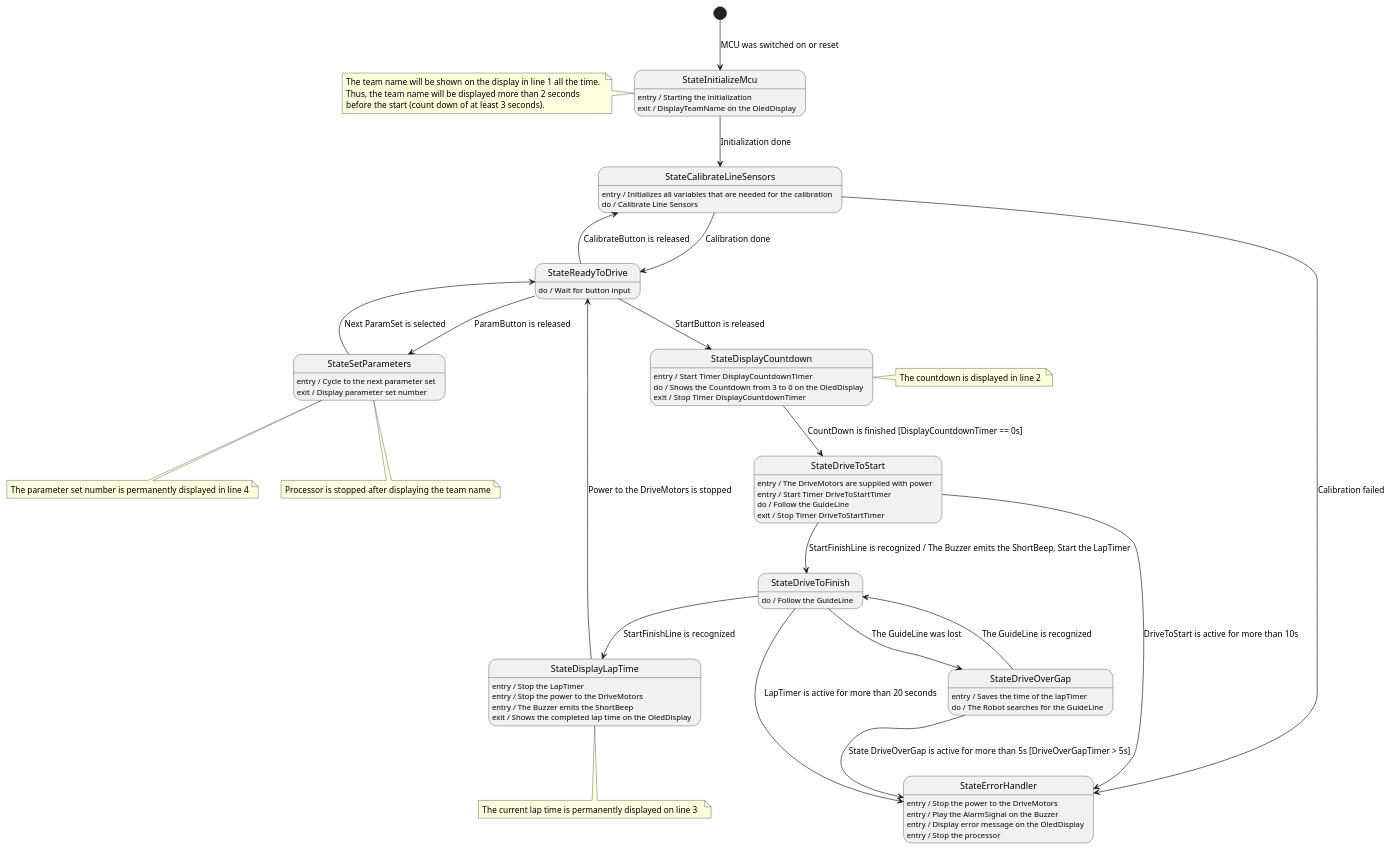
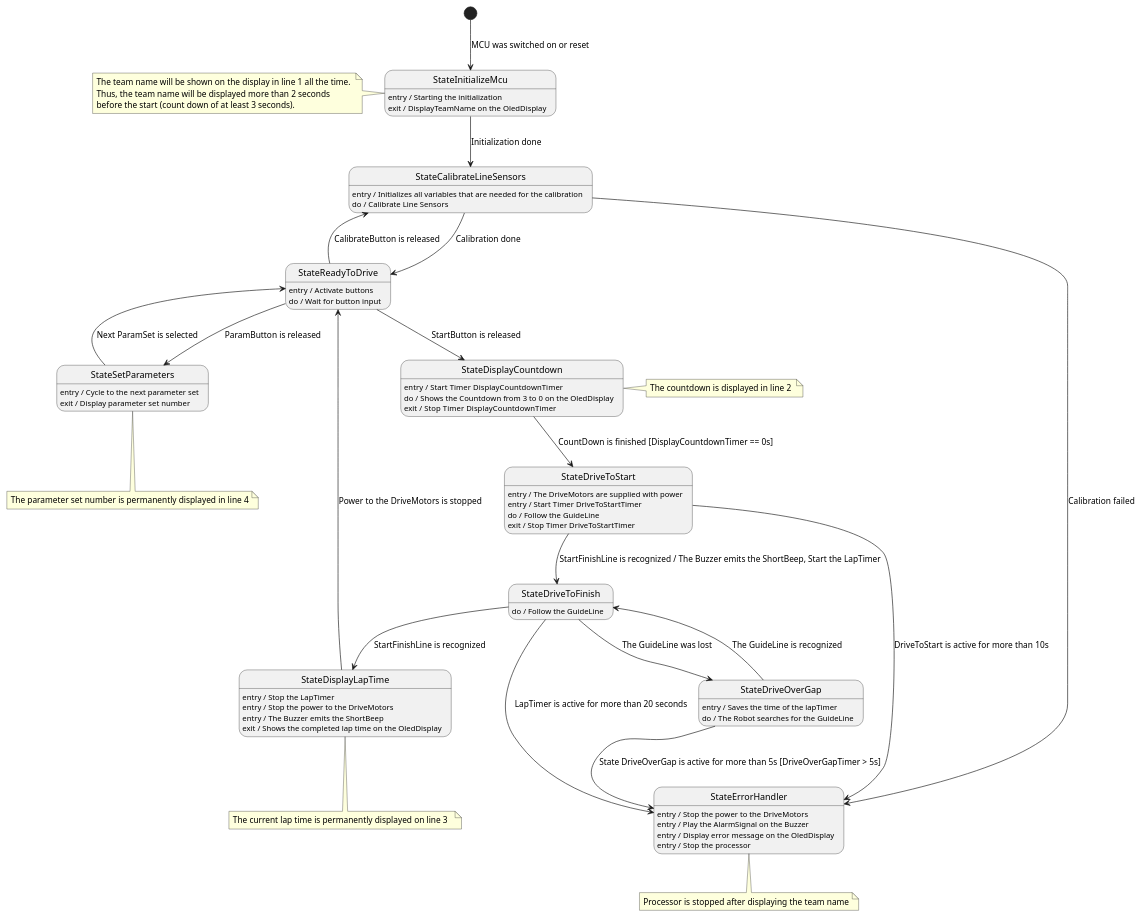
The diagram in Abgabe/system/UML/StateDiagram.puml (Manumals/Software_Engineering_fuer_Embedded_Systems), drawn with PlantUML before and after one commit. The commit also changed 1 other file, not shown here.

Commit message:
Customisation of UML diagrams

```diff
--- a/Abgabe/system/UML/StateDiagram.puml
+++ b/Abgabe/system/UML/StateDiagram.puml
@@ -1,83 +1,83 @@
 @startuml
 
 'StateInitializeMcu'
 [*] --> StateInitializeMcu : MCU was switched on or reset
 StateInitializeMcu --> StateCalibrateLineSensors : Initialization done
 StateInitializeMcu : entry / Starting the initialization
 StateInitializeMcu : exit / DisplayTeamName on the OledDisplay
 note left of StateInitializeMcu
     The team name will be shown on the display in line 1 all the time. 
     Thus, the team name will be displayed more than 2 seconds 
     before the start (count down of at least 3 seconds).
 end note
 
 'StateCalibrateLineSensors'
 StateCalibrateLineSensors --> StateReadyToDrive : Calibration done
 StateCalibrateLineSensors : entry / Initializes all variables that are needed for the calibration
 StateCalibrateLineSensors : do / Calibrate Line Sensors
 StateCalibrateLineSensors --> StateErrorHandler : Calibration failed
 
 'StateReadyToDrive'
 StateReadyToDrive --> StateSetParameters :ParamButton is released
 StateReadyToDrive --> StateDisplayCountdown : StartButton is released
 StateReadyToDrive --> StateCalibrateLineSensors : CalibrateButton is released
+StateReadyToDrive : entry / Activate buttons
 StateReadyToDrive : do / Wait for button input
 
 'StateDisplayCountdown'
 StateDisplayCountdown --> StateDriveToStart : CountDown is finished [DisplayCountdownTimer == 0s]
 StateDisplayCountdown: entry /  Start Timer DisplayCountdownTimer
 StateDisplayCountdown: do / Shows the Countdown from 3 to 0 on the OledDisplay
 StateDisplayCountdown: exit /  Stop Timer DisplayCountdownTimer
 note right of StateDisplayCountdown
 The countdown is displayed in line 2 
 end note
 
 'StateDriveToStart'
 StateDriveToStart --> StateDriveToFinish : StartFinishLine is recognized / The Buzzer emits the ShortBeep, Start the LapTimer 
 StateDriveToStart --> StateErrorHandler : DriveToStart is active for more than 10s
 StateDriveToStart: entry / The DriveMotors are supplied with power 
 StateDriveToStart: entry / Start Timer DriveToStartTimer
 StateDriveToStart: do / Follow the GuideLine 
 StateDriveToStart: exit / Stop Timer DriveToStartTimer
 
 'StateDriveToFinish'
 StateDriveToFinish --> StateErrorHandler : LapTimer is active for more than 20 seconds
 StateDriveToFinish --> StateDriveOverGap : The GuideLine was lost
 StateDriveToFinish --> StateDisplayLapTime : StartFinishLine is recognized
 StateDriveToFinish : do / Follow the GuideLine 
 
 'StateDriveOverGap'
 StateDriveOverGap --> StateErrorHandler : State DriveOverGap is active for more than 5s [DriveOverGapTimer > 5s]
 StateDriveOverGap  --> StateDriveToFinish : The GuideLine is recognized
 StateDriveOverGap: entry / Saves the time of the lapTimer
 StateDriveOverGap : do / The Robot searches for the GuideLine
 
 'StateDisplayLapTime
 StateDisplayLapTime  --> StateReadyToDrive : Power to the DriveMotors is stopped
 StateDisplayLapTime : entry / Stop the LapTimer
 StateDisplayLapTime : entry / Stop the power to the DriveMotors
 StateDisplayLapTime : entry / The Buzzer emits the ShortBeep
 StateDisplayLapTime : exit / Shows the completed lap time on the OledDisplay
 note bottom of StateDisplayLapTime
 The current lap time is permanently displayed on line 3  
 end note
 
 'StateSetParameters
 StateSetParameters --> StateReadyToDrive : Next ParamSet is selected
 StateSetParameters: entry / Cycle to the next parameter set
 StateSetParameters: exit / Display parameter set number
 note bottom of StateSetParameters
 The parameter set number is permanently displayed in line 4
 end note
 
 'StateErrorHandler
 StateErrorHandler: entry / Stop the power to the DriveMotors
 StateErrorHandler: entry / Play the AlarmSignal on the Buzzer
 StateErrorHandler: entry / Display error message on the OledDisplay
 StateErrorHandler: entry / Stop the processor
-
-note bottom of StateSetParameters
+note bottom of StateErrorHandler
 Processor is stopped after displaying the team name
 end note
 
 @enduml
```
